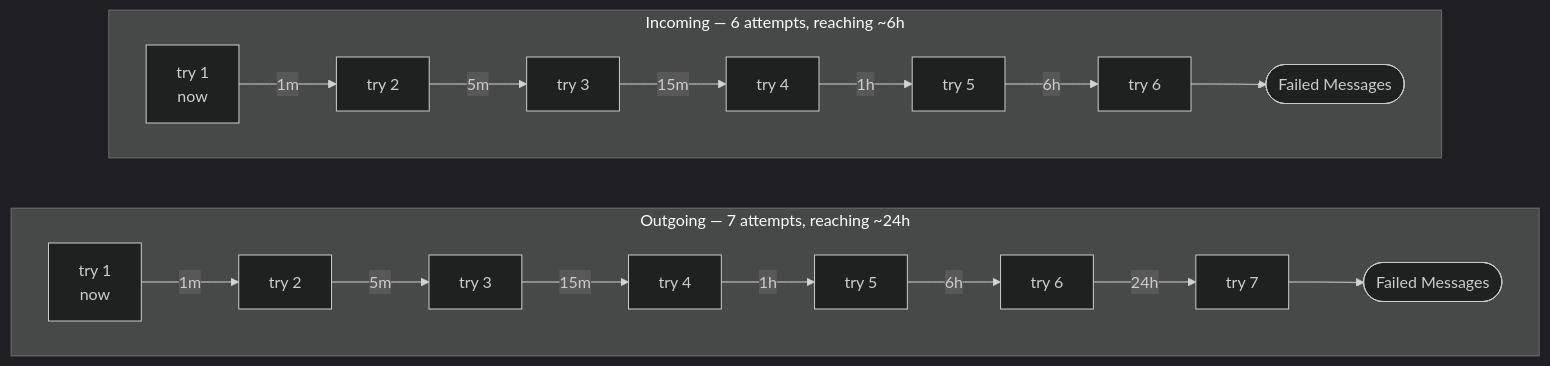
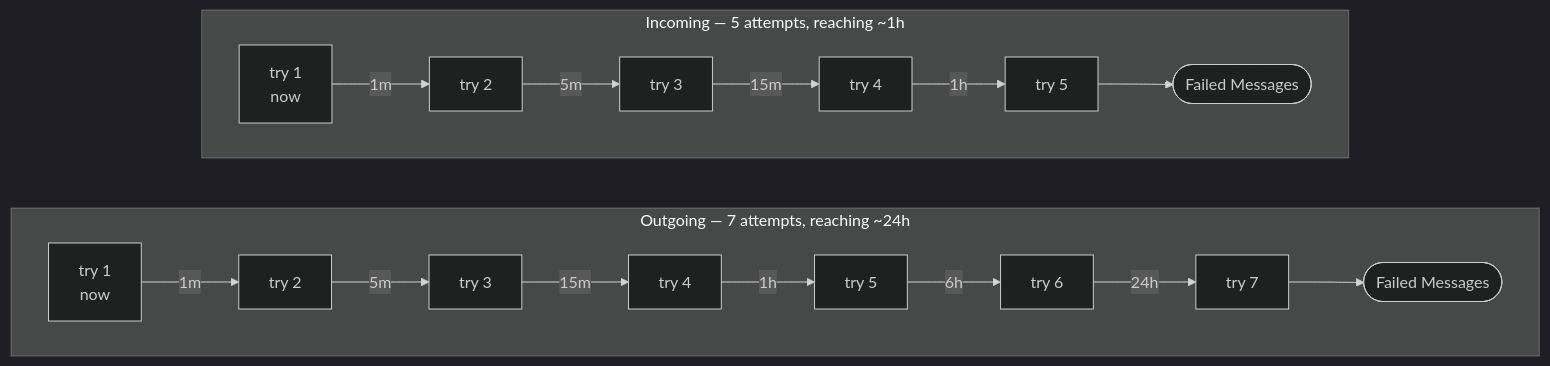
Before and after one commit to vadymkykalo/railhook: the ninth of 14 diagrams in docs/ARCHITECTURE.md, drawn with Mermaid (dark theme). The commit also changed other lines of this file, not shown here.

Commit message:
docs: the incoming ladder in ARCHITECTURE.md is five attempts, not six
RetryLadderDefaults.INCOMING_MAX_ATTEMPTS is 5, so the waits used by default
are 1m, 5m, 15m and 1h; the 6h tier is only reached when a Destination raises
its attempt count. The docs site already said so.

````diff
--- a/docs/ARCHITECTURE.md
+++ b/docs/ARCHITECTURE.md
@@ -439,11 +439,11 @@
 ```mermaid
 flowchart LR
     subgraph O["Outgoing — 7 attempts, reaching ~24h"]
         direction LR
         O1["try 1<br/>now"] -->|"1m"| O2["try 2"] -->|"5m"| O3["try 3"] -->|"15m"| O4["try 4"] -->|"1h"| O5["try 5"] -->|"6h"| O6["try 6"] -->|"24h"| O7["try 7"] --> OD(["Failed Messages"])
     end
-    subgraph I["Incoming — 6 attempts, reaching ~6h"]
+    subgraph I["Incoming — 5 attempts, reaching ~1h"]
         direction LR
-        I1["try 1<br/>now"] -->|"1m"| I2["try 2"] -->|"5m"| I3["try 3"] -->|"15m"| I4["try 4"] -->|"1h"| I5["try 5"] -->|"6h"| I6["try 6"] --> ID(["Failed Messages"])
+        I1["try 1<br/>now"] -->|"1m"| I2["try 2"] -->|"5m"| I3["try 3"] -->|"15m"| I4["try 4"] -->|"1h"| I5["try 5"] --> ID(["Failed Messages"])
     end
 ```
````
